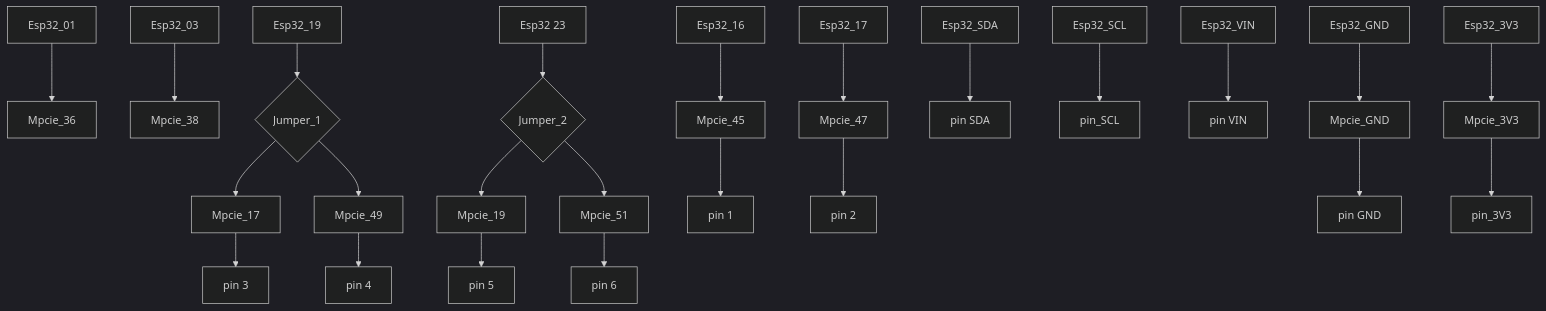
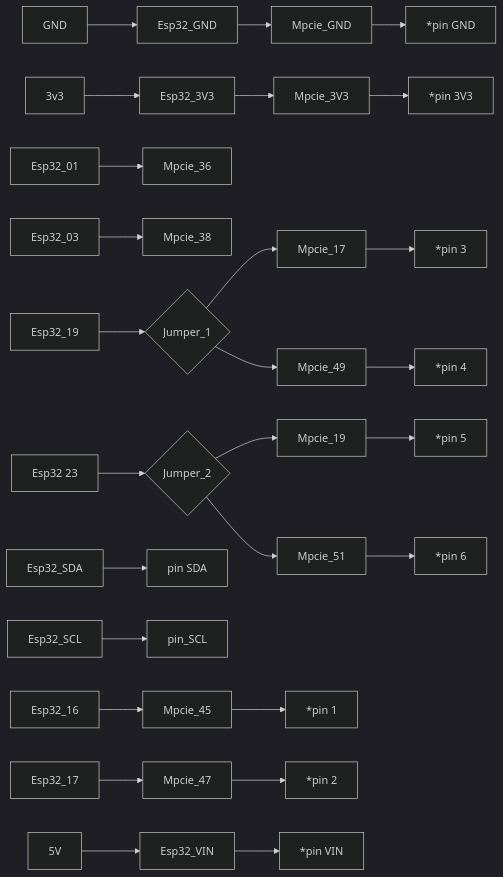
The diagram in v6/draft.md (jancelin/RoverGNSS_RTK_BT_esp32_f9p), drawn with Mermaid (dark theme) before and after one commit.

````diff
--- a/v6/draft.md
+++ b/v6/draft.md
@@ -181,26 +181,30 @@
 ```mermaid
-flowchart TD
+flowchart LR
     01[Esp32_01] --> 21[Mpcie_36]
     02[Esp32_03] --> 22[Mpcie_38]
     03[Esp32_16] --> 23[Mpcie_45]
-    23 --> 41[pin 1]
+    23 --> 41[*pin 1]
     04[Esp32_17] --> 24[Mpcie_47]
-    24 --> 42[pin 2]
+    24 --> 42[*pin 2]
     05[Esp32_19] --> 60{Jumper_1}
     60 --> 25[Mpcie_17]
     60 --> 26[Mpcie_49]
-    25 --> 43[pin 3]
-    26 --> 44[pin 4]
+    25 --> 43[*pin 3]
+    26 --> 44[*pin 4]
     06[Esp32 23] --> 62{Jumper_2}
     62 --> 27[Mpcie_19]
     62 --> 28[Mpcie_51]
-    27 --> 45[pin 5]
-    28 --> 46[pin 6]
+    27 --> 45[*pin 5]
+    28 --> 46[*pin 6]
     07[Esp32_SDA] --> 47[pin SDA]
     08[Esp32_SCL] --> 48[pin_SCL]
     09[Esp32_GND] --> 29[Mpcie_GND]
-    29 --> 49[pin GND]
+    29 --> 49[*pin GND]
     9[Esp32_3V3] --> 30[Mpcie_3V3]
-    30 --> 50[pin_3V3]
-    10[Esp32_VIN] --> 51[pin VIN]
+    30 --> 50[*pin 3V3]
+    10[Esp32_VIN] --> 51[*pin VIN]
+    70[5V] --> 10
+    71[GND] --> 09
+    72[3v3] --> 9
+
 ```
````
